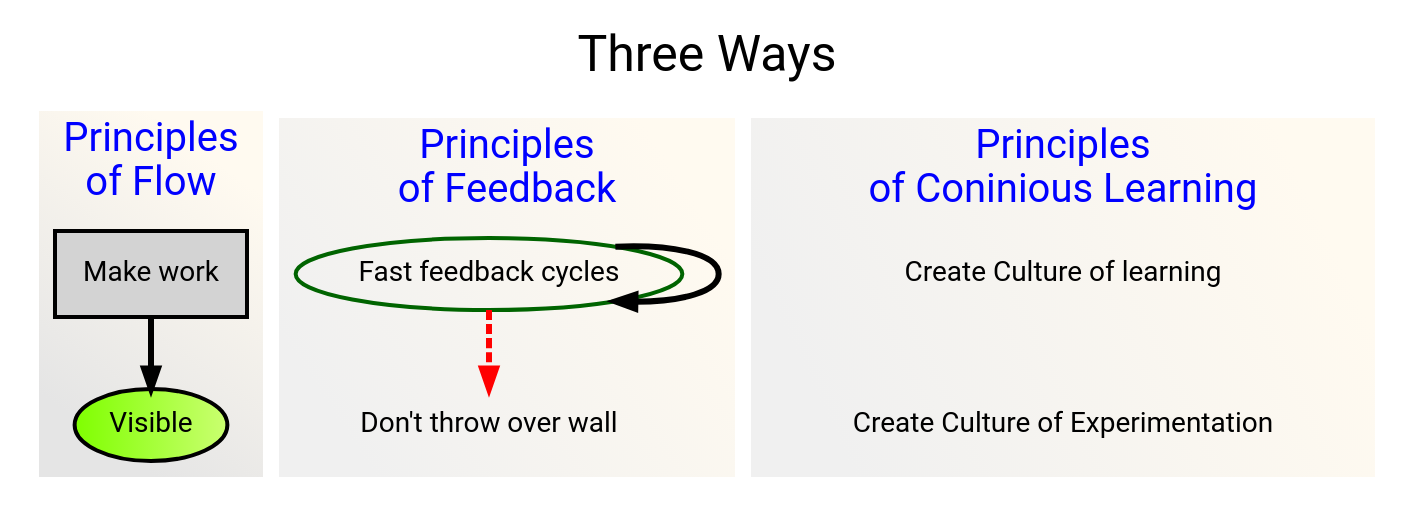
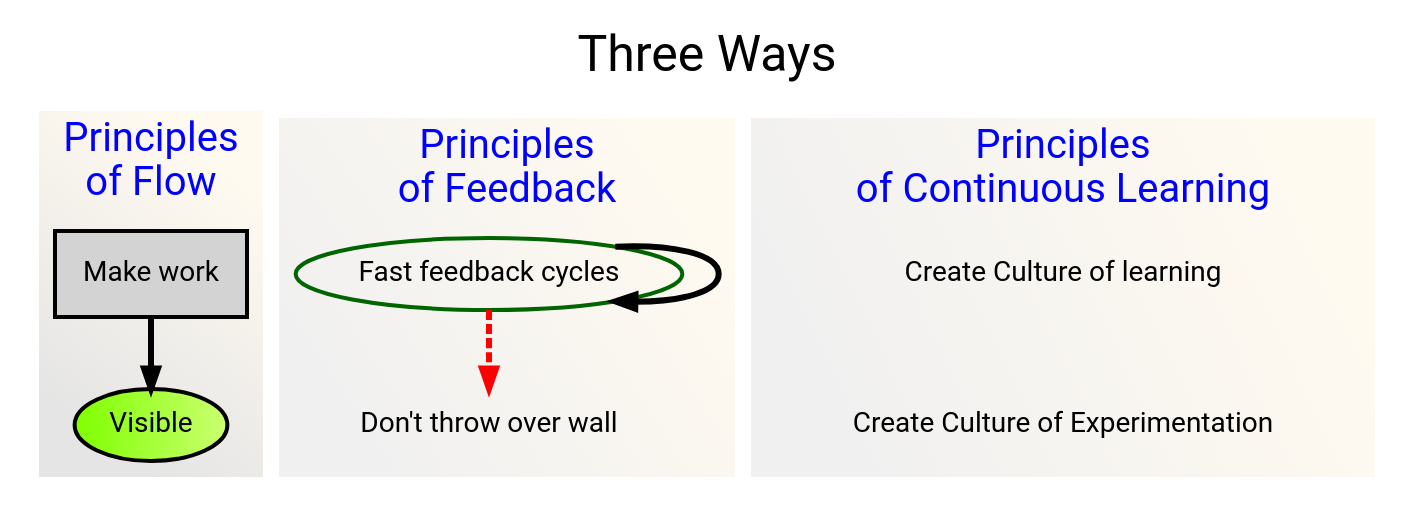
Before and after one commit to ejboettcher/AB-testing: the diagram in src/devops_ways.dot, drawn with Graphviz. The commit also changed 12 other files, not shown here.

```diff
--- a/src/devops_ways.dot
+++ b/src/devops_ways.dot
@@ -1,54 +1,54 @@
  digraph g {
   compound=true
   graph [fontname="comfortaa,Roboto"  fontsize=25 labelloc="t" label="" splines=true overlap=false rankdir = "TB"];
   node [fontname="comfortaa,Roboto,Arial,sans-serif", style=filled, penwidth=2]
   edge [fontname="comfortaa-bold,Roboto,Arial,sans-serif", penwidth=3]
 
   ratio = auto;
 
   one [label="Make work" shape=box margin=.2];
   a [label="Visible", fillcolor="chartreuse:darkolivegreen1", shape="oval"];
   subgraph cluster_0 {
 
     label= "Principles\n of Flow"
     fontcolor="blue" fontsize=20
     rankdir = "TB"
     style=filled;
     color="invis";
     fillcolor="grey90:floralwhite";
     gradientangle=40
     one -> a
  }
 
   subgraph cluster_1 {
   fontcolor="blue" fontsize=20
     shape=oval;
     rankdir = "TB"
     style=filled;
     color="invis";
     fillcolor="grey94:floralwhite";
     gradientangle=40
     two [label="Fast feedback cycles" style="diamond", color="darkgreen"];
     b [label="Don't throw over wall",  style="cylinder" color="invis"];
 
     two ->b[style=dashed color=red] ;
 
     two -> two
     label= "Principles\n of Feedback"
  }
   subgraph cluster_2 {
     fontcolor="blue" fontsize=20
     rankdir = "TB"
     style=filled;
     color="invis";
     fillcolor="grey94:floralwhite";
     gradientangle=40;
     three [label="Create Culture of learning" color=invis];
     c [label="Create Culture of Experimentation",  color="invis"];
     three->  c[color="invis"]
-    label= "Principles\n of Coninious Learning"
+    label= "Principles\n of Continuous Learning"
  }
 
  label="Three Ways"
 
  }
```
